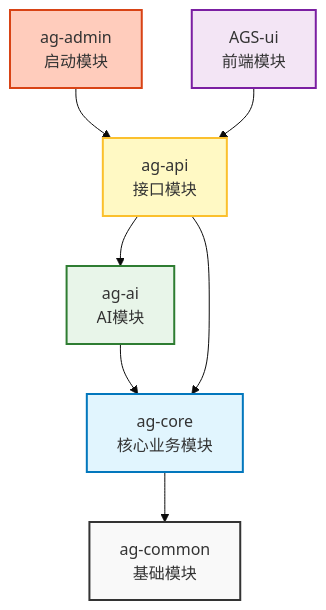
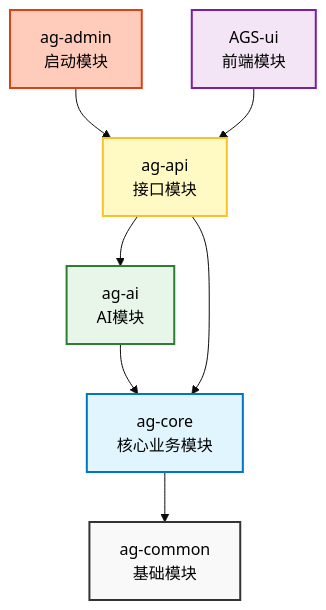
One commit to nestNe/agent-guard-starter changed the diagram in README.md. Above: the diagram before and after it, drawn with Mermaid (base theme).

Commit message:
【docs】

````diff
--- a/README.md
+++ b/README.md
@@ -30,26 +30,26 @@
 ```mermaid
 graph TD 
      %% 定义样式 
-     classDef base fill:#f9f9f9,stroke:#333,stroke-width:2px; 
-     classDef core fill:#e1f5fe,stroke:#0277bd,stroke-width:2px; 
-     classDef ai fill:#e8f5e9,stroke:#2e7d32,stroke-width:2px; 
-     classDef api fill:#fff9c4,stroke:#fbc02d,stroke-width:2px; 
-     classDef admin fill:#ffccbc,stroke:#d84315,stroke-width:2px; 
-     classDef frontend fill:#f3e5f5,stroke:#7b1fa2,stroke-width:2px; 
+     classDef base fill:#f9f9f9,stroke:#333,stroke-width:2px,color:#000000; 
+     classDef core fill:#e1f5fe,stroke:#0277bd,stroke-width:2px,color:#000000; 
+     classDef ai fill:#e8f5e9,stroke:#2e7d32,stroke-width:2px,color:#000000; 
+     classDef api fill:#fff9c4,stroke:#fbc02d,stroke-width:2px,color:#000000; 
+     classDef admin fill:#ffccbc,stroke:#d84315,stroke-width:2px,color:#000000; 
+     classDef frontend fill:#f3e5f5,stroke:#7b1fa2,stroke-width:2px,color:#000000; 
  
      %% 模块节点 
      Common[ag-common<br/>基础模块]:::base 
      Core[ag-core<br/>核心业务模块]:::core 
      AI[ag-ai<br/>AI模块]:::ai 
      API[ag-api<br/>接口模块]:::api 
      Admin[ag-admin<br/>启动模块]:::admin 
      Frontend[AGS-ui<br/>前端模块]:::frontend 
  
      %% 依赖关系连线 
      Core --> Common 
      AI --> Core 
      API --> Core 
      API --> AI 
      Admin --> API 
      Frontend --> API 
 ```
````
